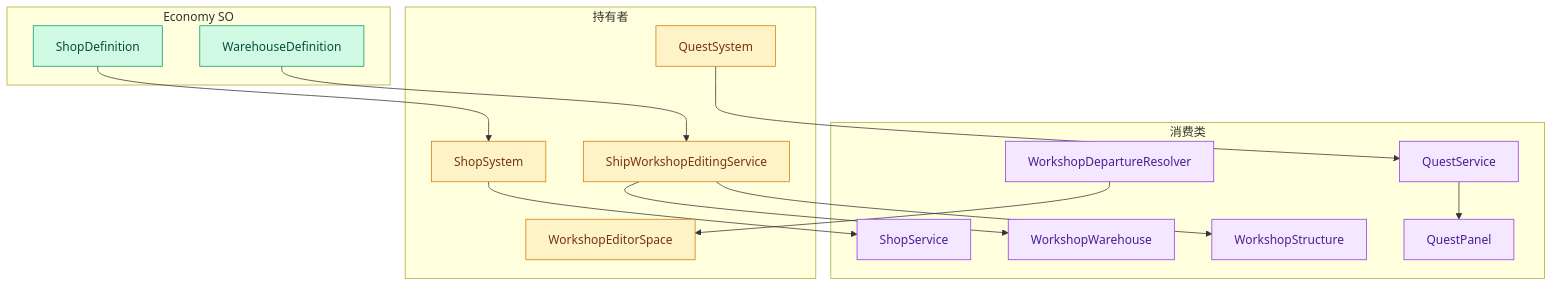
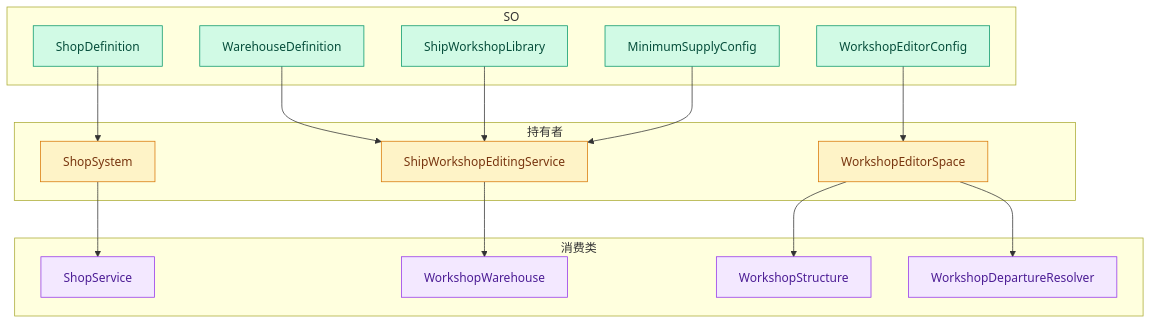
The third of 7 diagrams in 02-系统设计/SO-运行时数据流.md (Estrella6066773/SpaceShip), drawn with Mermaid before and after one commit. The commit also changed other lines of this file and 2 other files, not shown here.

Commit message:
docs: 更新编辑器工具入口管理方案，规范化菜单层级与工具描述
1. 新增统一管理方案，整合编辑器工具入口信息，提升一致性与可维护性。
2. 规范化菜单层级与命名，解决中英混用与分类混乱问题。
3. 引入工具中心窗口，提供集中管理与搜索功能，简化工具访问。
4. 自动生成工具清单文档，确保文档与代码同步，消除手动维护的需求。

````diff
--- a/02-系统设计/SO-运行时数据流.md
+++ b/02-系统设计/SO-运行时数据流.md
@@ -104,36 +113,40 @@
 ```mermaid
 flowchart TB
-    subgraph ESO["Economy SO"]
+    subgraph WSO["SO"]
         SHOP["ShopDefinition"]
         WH["WarehouseDefinition"]
+        WEC["WorkshopEditorConfig"]
+        WL["ShipWorkshopLibrary"]
+        MIN["MinimumSupplyConfig"]
     end
 
     subgraph HOLD["持有者"]
         SH["ShopSystem"]
         ED["ShipWorkshopEditingService"]
         ES["WorkshopEditorSpace"]
-        QSYS["QuestSystem"]
     end
 
     subgraph CON["消费类"]
         SSV["ShopService"]
         WW["WorkshopWarehouse"]
         WST["WorkshopStructure"]
         WDR["WorkshopDepartureResolver"]
-        QSV["QuestService"]
-        QP["QuestPanel"]
     end
 
-    SHOP --> SH --> SSV
-    WH --> ED --> WW
-    ED --> WST
-    WDR --> ES
-    QSYS --> QSV --> QP
+    SHOP --> SH
+    SH --> SSV
+    WH --> ED
+    ED --> WW
+    WL --> ED
+    MIN --> ED
+    WEC --> ES
+    ES --> WST
+    ES --> WDR
 
     classDef so fill:#d1fae5,stroke:#059669,color:#064e3b;
     classDef hold fill:#fef3c7,stroke:#d97706,color:#78350f;
     classDef con fill:#f3e8ff,stroke:#9333ea,color:#4c1d95;
-    class SHOP,WH so;
-    class SH,ED,ES,QSYS hold;
-    class SSV,WW,WST,WDR,QSV,QP con;
+    class SHOP,WH,WEC,WL,MIN so;
+    class SH,ED,ES hold;
+    class SSV,WW,WST,WDR con;
 ```
````
